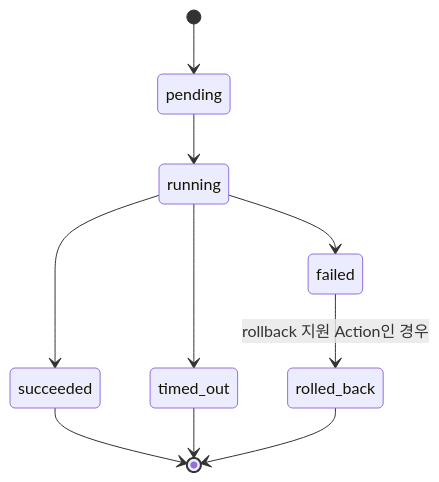
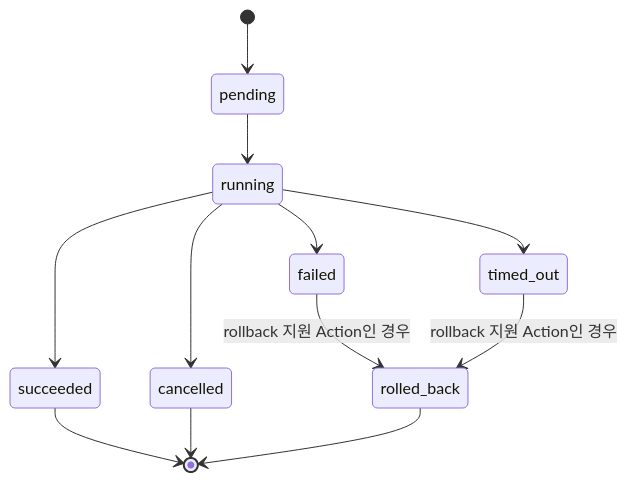
The diagram in docs/icd/action_layer_api.md (Jdukmin/LingOnDevDocs), drawn with Mermaid before and after one commit. The commit also changed other lines of this file and 6 other files, not shown here.

````diff
--- a/docs/icd/action_layer_api.md
+++ b/docs/icd/action_layer_api.md
@@ -258,12 +276,14 @@
 ```mermaid
 stateDiagram-v2
     [*] --> pending
     pending --> running
     running --> succeeded
     running --> failed
     running --> timed_out
+    running --> cancelled
     failed --> rolled_back : rollback 지원 Action인 경우
+    timed_out --> rolled_back : rollback 지원 Action인 경우
     succeeded --> [*]
-    timed_out --> [*]
+    cancelled --> [*]
     rolled_back --> [*]
 ```
````
